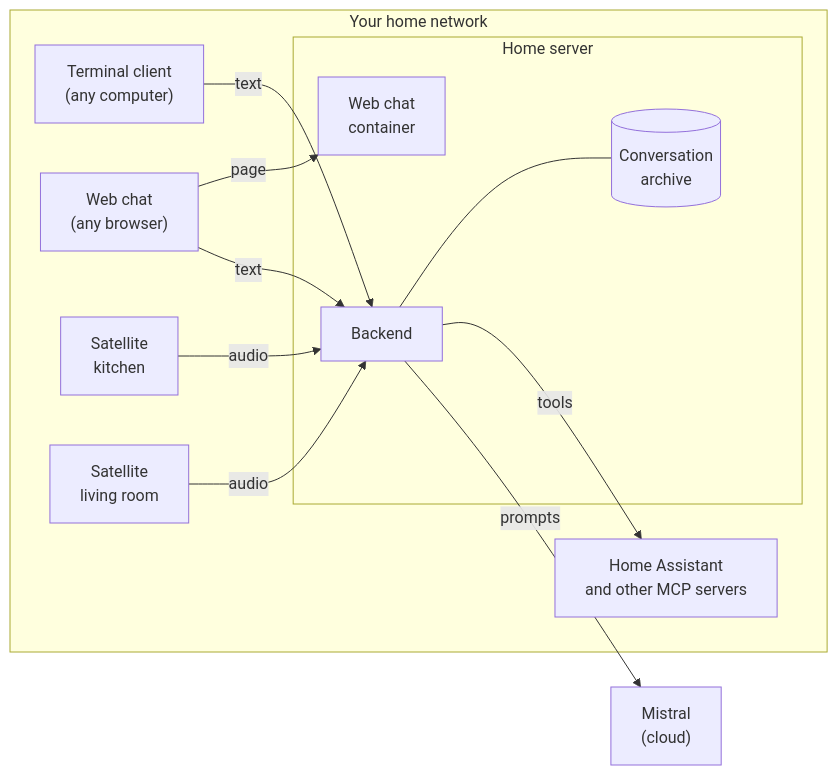
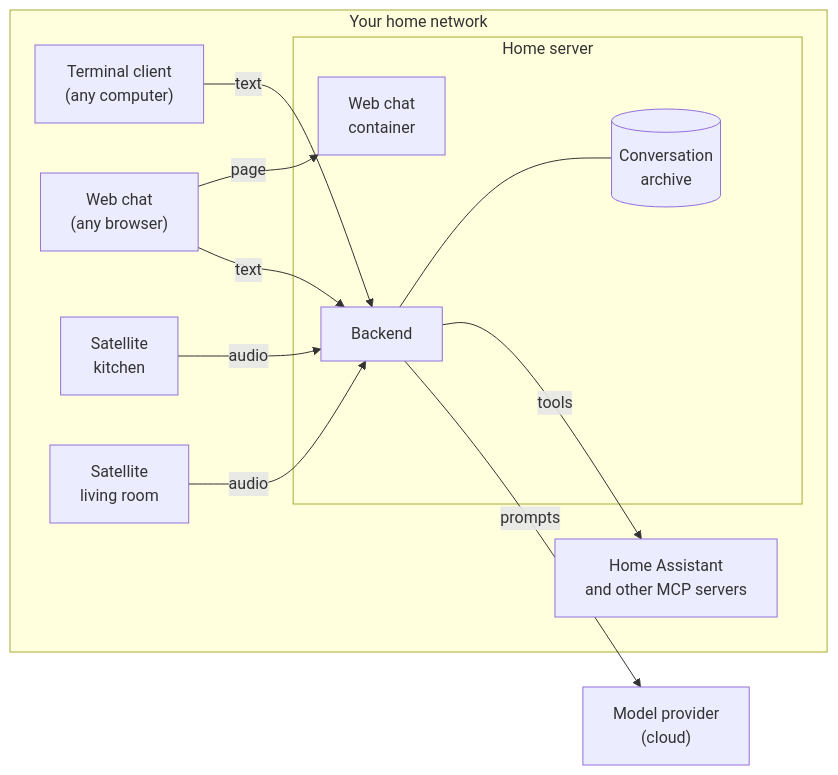
The diagram in src/content/docs/explanation/architecture.md (ambrogio-app/ambrogio-docs), drawn with Mermaid before and after one commit. The commit also changed other lines of this file and 22 other files, not shown here.

````diff
--- a/src/content/docs/explanation/architecture.md
+++ b/src/content/docs/explanation/architecture.md
@@ -10,25 +10,25 @@
 ```mermaid
 flowchart LR
     subgraph home[Your home network]
         CLI["Terminal client<br/>(any computer)"]
         WEB["Web chat<br/>(any browser)"]
         S1["Satellite<br/>kitchen"]
         S2["Satellite<br/>living room"]
         subgraph server[Home server]
             B["Backend"]
             W["Web chat<br/>container"]
             DB[("Conversation<br/>archive")]
         end
         HA["Home Assistant<br/>and other MCP servers"]
     end
-    LLM["Mistral<br/>(cloud)"]
+    LLM["Model provider<br/>(cloud)"]
 
     CLI -- text --> B
     WEB -- page --> W
     WEB -- text --> B
     S1 -- audio --> B
     S2 -- audio --> B
     B --- DB
     B -- tools --> HA
     B -- prompts --> LLM
 ```
````
